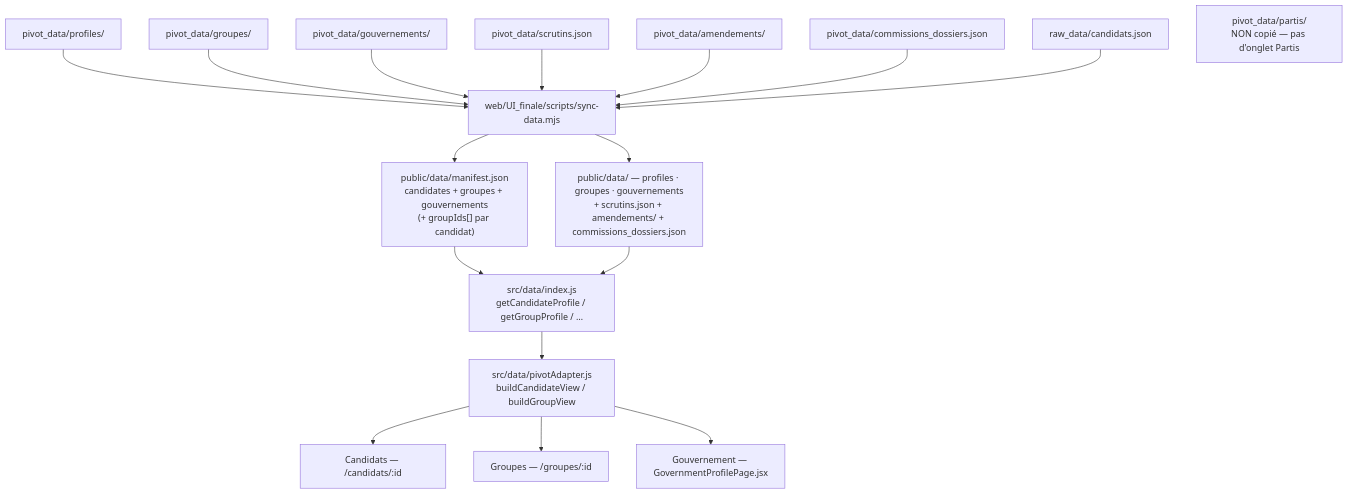
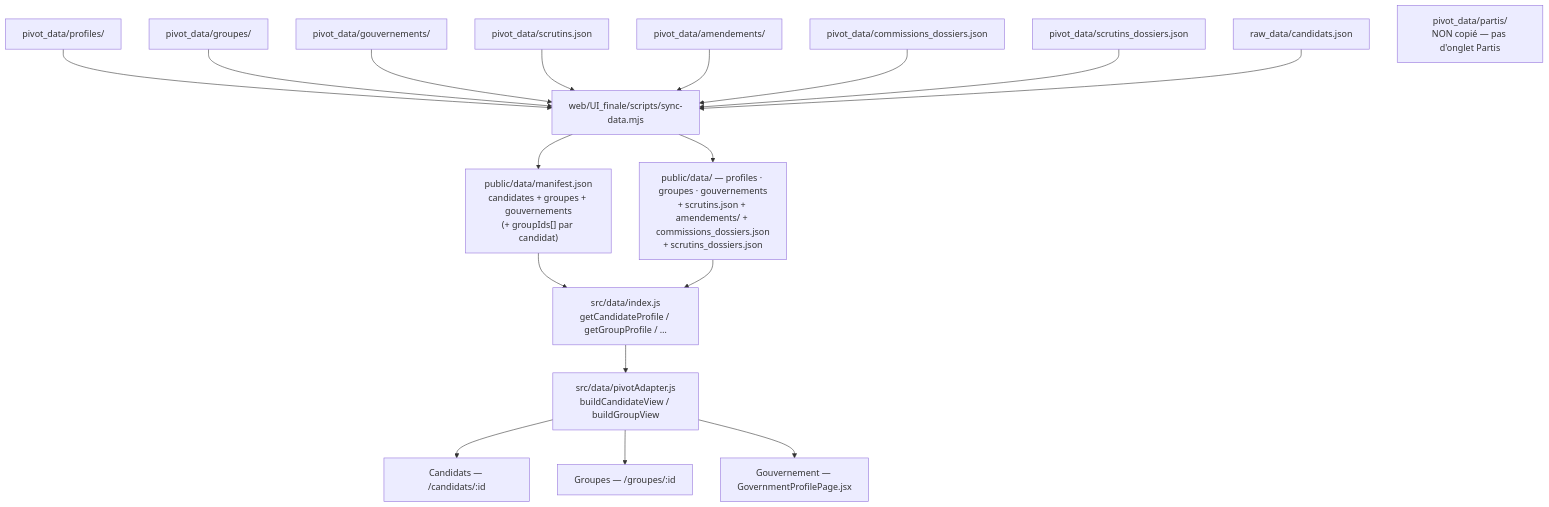
The second of 2 diagrams in docs/data-architecture.md (stephieED/Empreinte-politique-src), drawn with Mermaid before and after one commit. The commit also changed other lines of this file and 15 other files, not shown here.

````diff
--- a/docs/data-architecture.md
+++ b/docs/data-architecture.md
@@ -767,21 +767,22 @@
 ```mermaid
 graph TD
     PIV["pivot_data/profiles/"] --> SYNC["web/UI_finale/scripts/sync-data.mjs"]
     PGR["pivot_data/groupes/"] --> SYNC
     PGO["pivot_data/gouvernements/"] --> SYNC
     SCR["pivot_data/scrutins.json"] --> SYNC
     AMD["pivot_data/amendements/"] --> SYNC
     COM["pivot_data/commissions_dossiers.json"] --> SYNC
+    SDO["pivot_data/scrutins_dossiers.json"] --> SYNC
     CAND["raw_data/candidats.json"] --> SYNC
     PAR["pivot_data/partis/<br/>NON copié — pas d'onglet Partis"]
 
     SYNC --> MAN["public/data/manifest.json<br/>candidates + groupes + gouvernements<br/>(+ groupIds[] par candidat)"]
-    SYNC --> PUB["public/data/ — profiles · groupes · gouvernements<br/>+ scrutins.json + amendements/ + commissions_dossiers.json"]
+    SYNC --> PUB["public/data/ — profiles · groupes · gouvernements<br/>+ scrutins.json + amendements/ + commissions_dossiers.json<br/>+ scrutins_dossiers.json"]
 
     MAN --> IDX["src/data/index.js<br/>getCandidateProfile / getGroupProfile / …"]
     PUB --> IDX
     IDX --> ADP["src/data/pivotAdapter.js<br/>buildCandidateView / buildGroupView"]
     ADP --> VC["Candidats — /candidats/:id"]
     ADP --> VG["Groupes — /groupes/:id"]
     ADP --> VO["Gouvernement — GovernmentProfilePage.jsx"]
 ```
````
